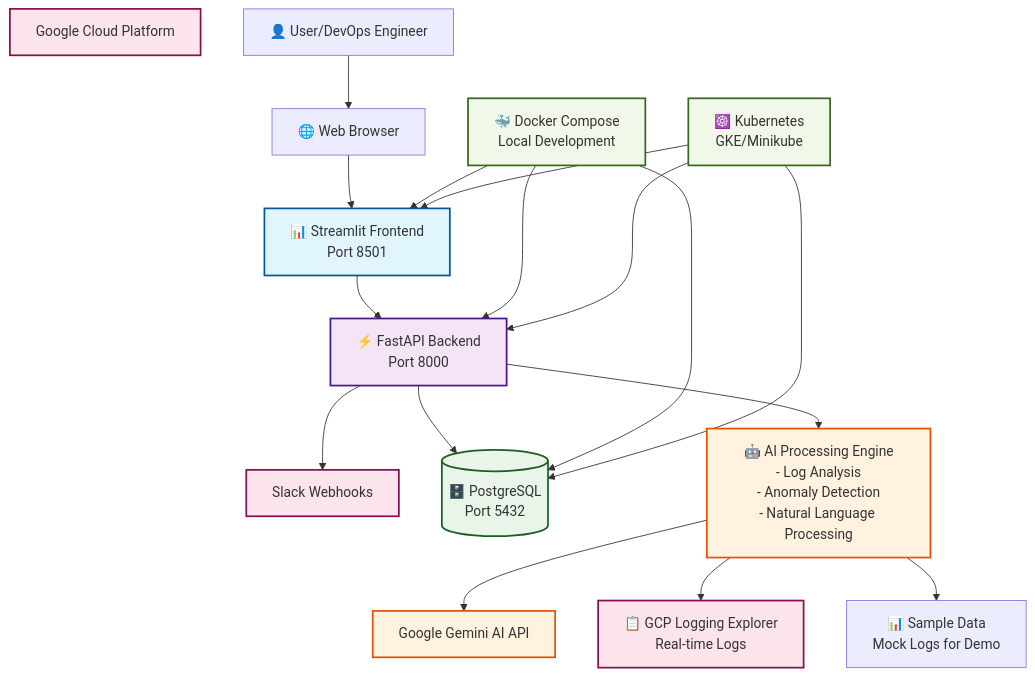
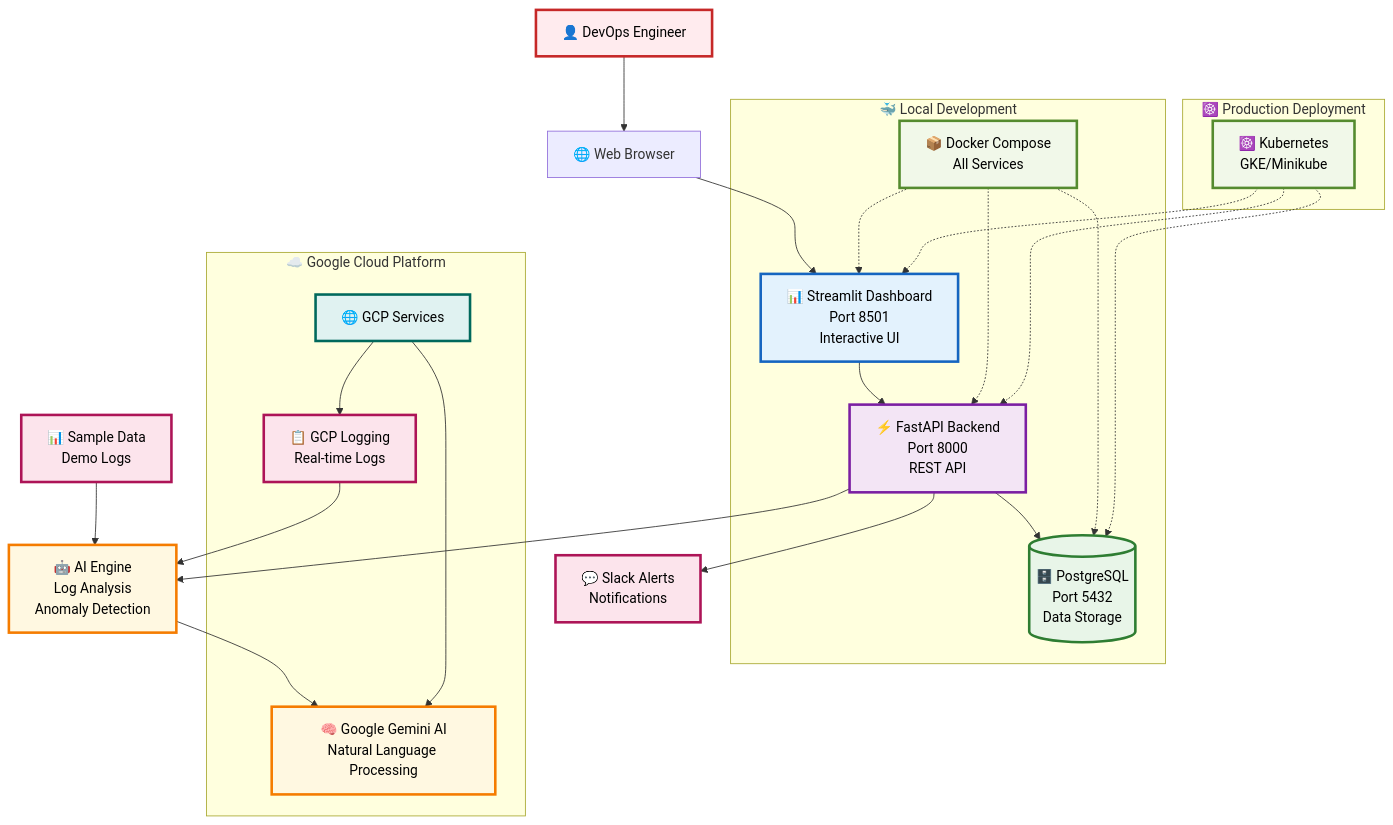
Before and after one commit to rahul6364/smartGuard-observability: the diagram in docs/architecture.md, drawn with Mermaid.

````diff
--- a/docs/architecture.md
+++ b/docs/architecture.md
@@ -3,66 +3,67 @@
 ```mermaid
 graph TB
-    %% External Services
-    GCP[Google Cloud Platform]
-    GEMINI[Google Gemini AI API]
-    SLACK[Slack Webhooks]
-    
-    %% User Interface
-    USER[👤 User/DevOps Engineer]
-    BROWSER[🌐 Web Browser]
+    %% User Layer
+    USER[👤 DevOps Engineer]
+    USER --> BROWSER[🌐 Web Browser]
     
     %% Frontend Layer
-    STREAMLIT[📊 Streamlit Frontend<br/>Port 8501]
+    BROWSER --> STREAMLIT[📊 Streamlit Dashboard<br/>Port 8501<br/>Interactive UI]
     
     %% Backend Layer
-    FASTAPI[⚡ FastAPI Backend<br/>Port 8000]
+    STREAMLIT --> FASTAPI[⚡ FastAPI Backend<br/>Port 8000<br/>REST API]
     
     %% Database Layer
-    POSTGRES[(🗄️ PostgreSQL<br/>Port 5432)]
+    FASTAPI --> POSTGRES[(🗄️ PostgreSQL<br/>Port 5432<br/>Data Storage)]
     
-    %% AI Processing
-    AI_ENGINE[🤖 AI Processing Engine<br/>- Log Analysis<br/>- Anomaly Detection<br/>- Natural Language Processing]
+    %% AI Processing Layer
+    FASTAPI --> AI_ENGINE[🤖 AI Engine<br/>Log Analysis<br/>Anomaly Detection]
+    AI_ENGINE --> GEMINI[🧠 Google Gemini AI<br/>Natural Language Processing]
     
-    %% Monitoring Sources
-    GCP_LOGS[📋 GCP Logging Explorer<br/>Real-time Logs]
-    SAMPLE_DATA[📊 Sample Data<br/>Mock Logs for Demo]
+    %% Data Sources
+    GCP_LOGS[📋 GCP Logging<br/>Real-time Logs] --> AI_ENGINE
+    SAMPLE_DATA[📊 Sample Data<br/>Demo Logs] --> AI_ENGINE
     
-    %% Container Orchestration
-    DOCKER[🐳 Docker Compose<br/>Local Development]
-    K8S[☸️ Kubernetes<br/>GKE/Minikube]
+    %% External Services
+    FASTAPI --> SLACK[💬 Slack Alerts<br/>Notifications]
     
-    %% Data Flow
-    USER --> BROWSER
-    BROWSER --> STREAMLIT
-    STREAMLIT --> FASTAPI
-    FASTAPI --> POSTGRES
-    FASTAPI --> AI_ENGINE
-    AI_ENGINE --> GEMINI
-    AI_ENGINE --> GCP_LOGS
-    AI_ENGINE --> SAMPLE_DATA
-    FASTAPI --> SLACK
+    %% Deployment Options
+    subgraph "🐳 Local Development"
+        DOCKER[📦 Docker Compose<br/>All Services]
+        DOCKER -.-> STREAMLIT
+        DOCKER -.-> FASTAPI
+        DOCKER -.-> POSTGRES
+    end
     
-    %% Container Deployment
-    DOCKER --> STREAMLIT
-    DOCKER --> FASTAPI
-    DOCKER --> POSTGRES
+    subgraph "☸️ Production Deployment"
+        K8S[☸️ Kubernetes<br/>GKE/Minikube]
+        K8S -.-> STREAMLIT
+        K8S -.-> FASTAPI
+        K8S -.-> POSTGRES
+    end
     
-    K8S --> STREAMLIT
-    K8S --> FASTAPI
-    K8S --> POSTGRES
+    %% External Cloud Services
+    subgraph "☁️ Google Cloud Platform"
+        GCP[🌐 GCP Services]
+        GCP --> GCP_LOGS
+        GCP --> GEMINI
+    end
     
-    %% Styling
-    classDef frontend fill:#e1f5fe,stroke:#01579b,stroke-width:2px
-    classDef backend fill:#f3e5f5,stroke:#4a148c,stroke-width:2px
-    classDef database fill:#e8f5e8,stroke:#1b5e20,stroke-width:2px
-    classDef ai fill:#fff3e0,stroke:#e65100,stroke-width:2px
-    classDef external fill:#fce4ec,stroke:#880e4f,stroke-width:2px
-    classDef container fill:#f1f8e9,stroke:#33691e,stroke-width:2px
+    %% Styling with better contrast
+    classDef user fill:#ffebee,stroke:#c62828,stroke-width:3px,color:#000
+    classDef frontend fill:#e3f2fd,stroke:#1565c0,stroke-width:3px,color:#000
+    classDef backend fill:#f3e5f5,stroke:#7b1fa2,stroke-width:3px,color:#000
+    classDef database fill:#e8f5e8,stroke:#2e7d32,stroke-width:3px,color:#000
+    classDef ai fill:#fff8e1,stroke:#f57c00,stroke-width:3px,color:#000
+    classDef external fill:#fce4ec,stroke:#ad1457,stroke-width:3px,color:#000
+    classDef container fill:#f1f8e9,stroke:#558b2f,stroke-width:3px,color:#000
+    classDef cloud fill:#e0f2f1,stroke:#00695c,stroke-width:3px,color:#000
     
+    class USER user
     class STREAMLIT frontend
     class FASTAPI backend
     class POSTGRES database
     class AI_ENGINE,GEMINI ai
-    class GCP,SLACK,GCP_LOGS external
+    class SLACK,GCP_LOGS,SAMPLE_DATA external
     class DOCKER,K8S container
+    class GCP cloud
 ```
````
